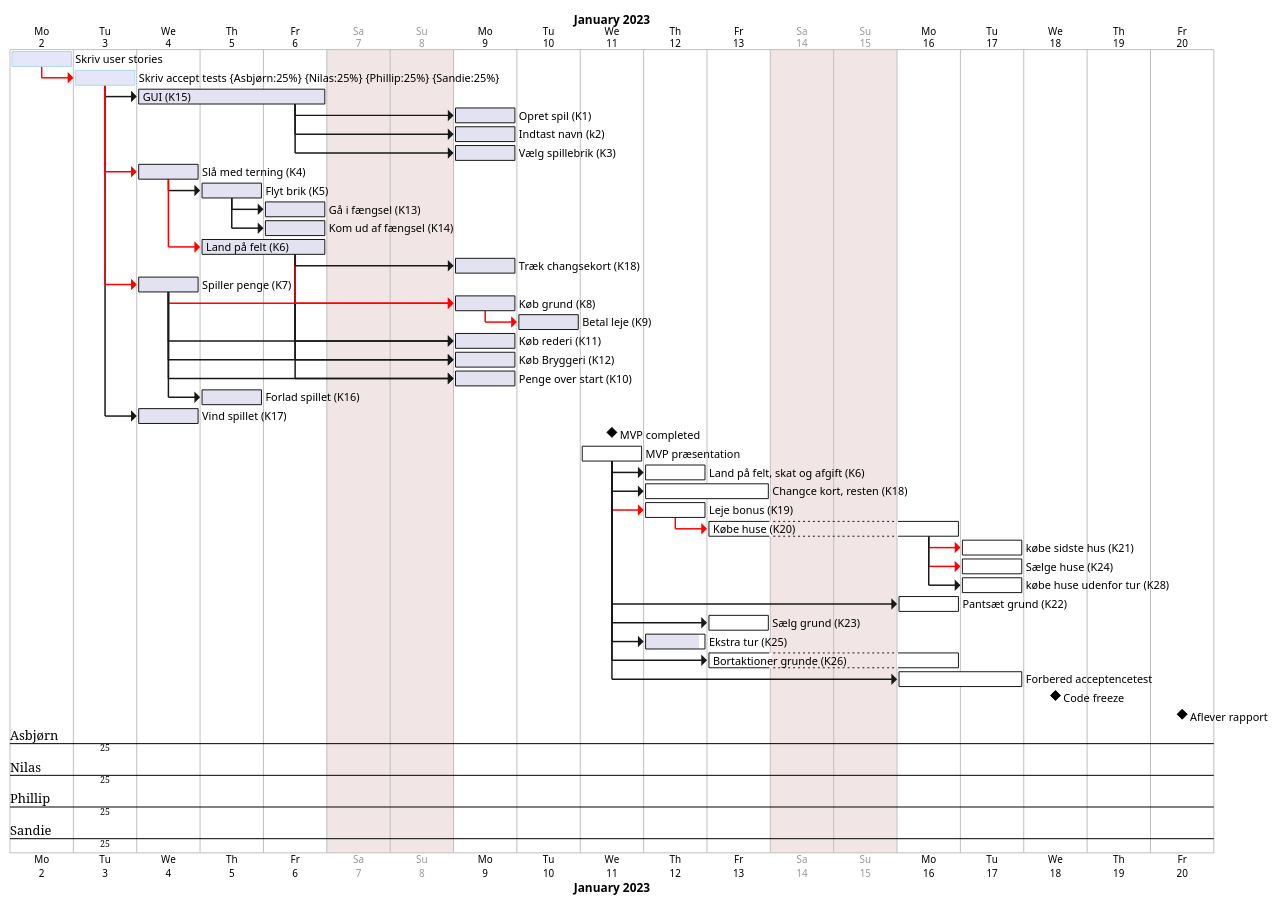
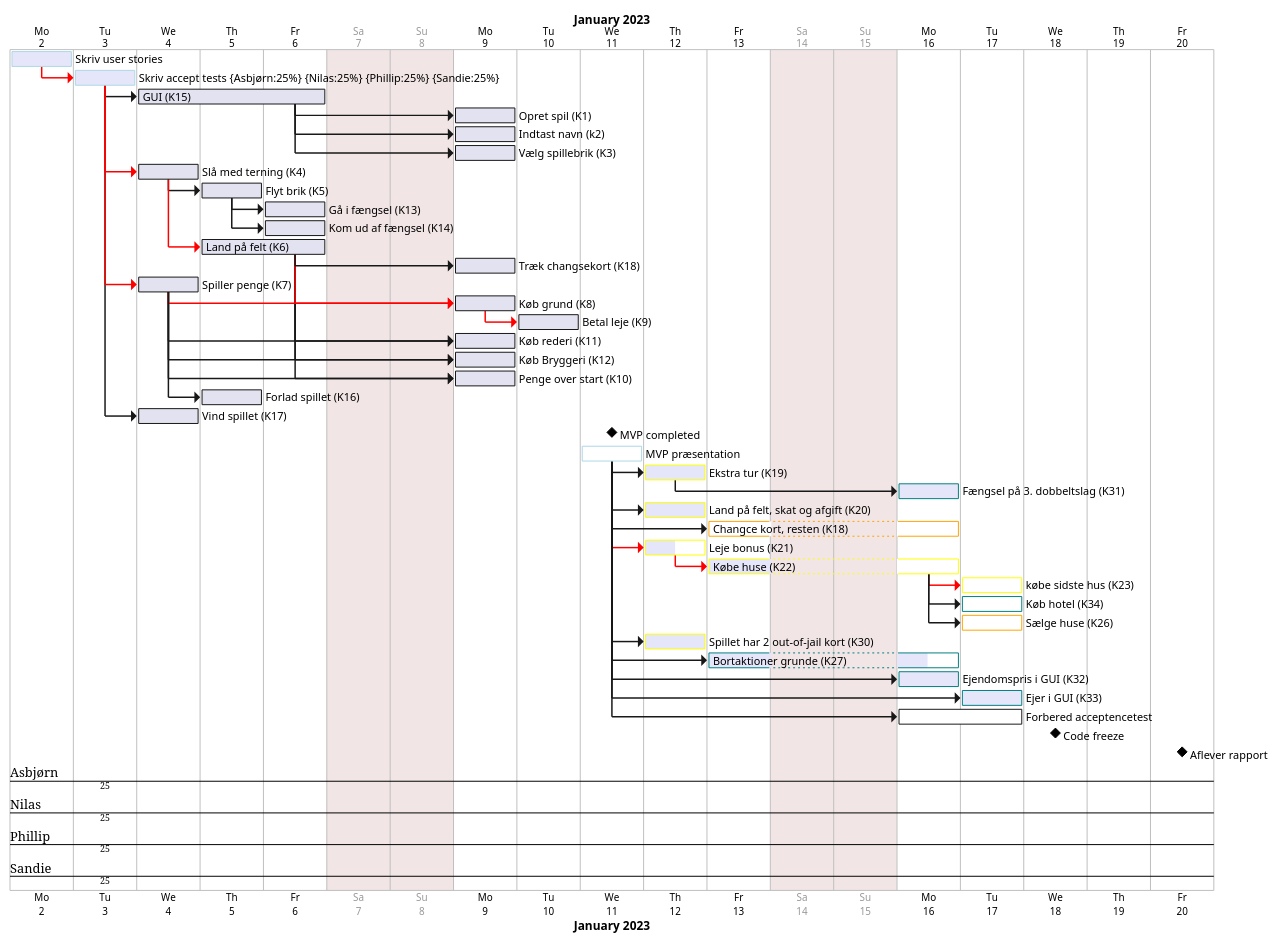
One commit to Gruppe-10-DTU/CDIO-FINAL changed the diagram in src/main/resources/Diagrams/Gantt.puml. Above: the diagram before and after it, drawn with PlantUML.

Commit message:
Gant update 11.1

```diff
--- a/src/main/resources/Diagrams/Gantt.puml
+++ b/src/main/resources/Diagrams/Gantt.puml
@@ -1,172 +1,195 @@
 @startgantt
 printscale daily zoom 4
 saturday are closed
 sunday are closed
 
 Project starts the 2nd of january 2023
 
 [Skriv user stories] as [TASK1] lasts 1 days
 [TASK1] is colored in Lavender/LightBlue
 [TASK1] is 100% complete
 
 [Skriv accept tests] as [TASK2] on {Asbjørn:25%} {Nilas:25%} {Phillip:25%} {Sandie:25%} lasts 1 days
 [TASK2] is colored in Lavender/LightBlue
 [TASK2] is 100% complete
 
 [GUI (K15)] as [K15] lasts 3 days
 [K15] is 100% complete
 
 [Opret spil (K1)] as [K1] lasts 1 days
 [K1] is 100% complete
 
 [Indtast navn (k2)] as [K2] lasts 1 days
 [K2] is 100% complete
 
 [Vælg spillebrik (K3)] as [K3] lasts 1 days
 [K3] is 100% complete
 
 
 
 [Slå med terning (K4)] as [K4] lasts 1 days
 [K4] is 100% complete
 
 [Flyt brik (K5)] as [K5] lasts 1 days
 [K5] is 100% complete
 
 
 
 [Gå i fængsel (K13)] as [K13] lasts 1 days
 [K13] is 100% complete
 
 [Kom ud af fængsel (K14)] as [K14] lasts 1 days
 [K14] is 100% complete
 
 [Land på felt (K6)] as [K6] lasts 2 days
 [K6] is 100% complete
 
 [Træk changsekort (K18)] as [K18] lasts 1 days
 [K18] is 100% complete
 
 [Spiller penge (K7)] as [K7] lasts 1 days
 [K7] is 100% complete
 
 [Køb grund (K8)] as [K8] lasts 1 days
 [K8] is 100% complete
 
 [Betal leje (K9)] as [K9] lasts 1 days
 [K9] is 100% complete
 
 [Køb rederi (K11)] as [K11] lasts 1 days
 [K11] is 100% complete
 
 [Køb Bryggeri (K12)] as [K12] lasts 1 days
 [K12] is 100% complete
 
 [Penge over start (K10)] as [K10] lasts 1 days
 [K10] is 100% complete
 
 [Forlad spillet (K16)] as [K16] lasts 1 days
 [K16] is 100% complete
 
 [Vind spillet (K17)] as [K17] lasts 1 days
 [K17] is 100% complete
 
 
 
 
 [TASK1]-[#FF0000]->[TASK2]
 [TASK2]->[K15]
 [TASK2]->[K17]
 
 [TASK2]-[#FF0000]->[K7]
 [TASK2]-[#FF0000]->[K4]
 
 [K15]->[K1]
 [K15]->[K2]
 [K15]->[K3]
 
 [K4]->[K5]
 [K4]-[#FF0000]->[K6]
 
 [K7]->[K11]
 [K6]->[K11]
 [K7]->[K12]
 [K6]->[K12]
 [K7]->[K10]
 [K6]->[K10]
 [K7]-[#FF0000]->[K8]
 [K6]-[#FF0000]->[K8]
 [K6]->[K18]
 
 [K7]->[K16]
 
 [K8]-[#FF0000]->[K9]
 
 [K5]->[K13]
 [K5]->[K14]
 
 [MVP completed] happens 2023-01-11
 
 [MVP præsentation] as [MVP] starts 2023-01-11
+[MVP] is colored in Lavender/LightBlue
 [MVP] is 0% complete
 
-[Land på felt, skat og afgift (K6)] as [K6.2] lasts 1 days
-[K6.2] is 0% complete
+[Ekstra tur (K19)] as [K19] lasts 1 days
+[K19] is colored in Lavender/Yellow
+[K19] is 100% complete
 
-[Changce kort, resten (K18)] as [K18.2] lasts 2 days
+[Fængsel på 3. dobbeltslag (K31)] as [K31] starts 2023-01-16
+[K31] is colored in Lavender/Teal
+[K31] is 1000% complete
+
+[Land på felt, skat og afgift (K20)] as [K20] lasts 1 days
+[K20] is colored in Lavender/Yellow
+[K20] is 100% complete
+
+[Changce kort, resten (K18)] as [K18.2] starts 2023-01-13
+[Changce kort, resten (K18)] as [K18.2] ends 2023-01-16
+[K18.2] is colored in Lavender/Orange
 [K18.2] is 0% complete
 
-[Leje bonus (K19)] as [K19] lasts 1 days
-[K19] is 0% complete
+[Leje bonus (K21)] as [K21] lasts 1 days
+[K21] is colored in Lavender/Yellow
+[K21] is 50% complete
 
-[Købe huse (K20)] as [K20] lasts 2 days
-[K20] is 0% complete
+[Købe huse (K22)] as [K22] lasts 2 days
+[K22] is colored in Lavender/Yellow
+[K22] is 50% complete
 
-[købe sidste hus (K21)] as [K21] lasts 1 days
-[K21] is 0% complete
-
-[Sælge huse (K24)] as [K24] lasts 1 days
-[K24] is 0% complete
-
-[købe huse udenfor tur (K28)] as [K28] lasts 1 days
-[K28] is 0% complete
-
-[Pantsæt grund (K22)] as [K22] starts 2023-01-16
-[K22] is 0% complete
-
-[Sælg grund (K23)] as [K23] starts 2023-01-13
+[købe sidste hus (K23)] as [K23] lasts 1 days
+[K23] is colored in Lavender/Yellow
 [K23] is 0% complete
 
-[Ekstra tur (K25)] as [K25] lasts 1 days
-[K25] is 90% complete
+[Køb hotel (K34)] as [K34] lasts 1 days
+[K34] is colored in Lavender/Teal
+[K34] is 0% complete
 
-[Bortaktioner grunde (K26)] as [K26] starts 2023-01-13
-[Bortaktioner grunde (K26)] as [K26] ends 2023-01-16
+[Sælge huse (K26)] as [K26] lasts 1 days
+[K26] is colored in Lavender/Orange
 [K26] is 0% complete
 
+[Spillet har 2 out-of-jail kort (K30)] as [K30] lasts 1 days
+[K30] is colored in Lavender/Yellow
+[K30] is 100% complete
 
+[Bortaktioner grunde (K27)] as [K27] starts 2023-01-13
+[Bortaktioner grunde (K27)] as [K27] ends 2023-01-16
+[K27] is colored in Lavender/Teal
+[K27] is 75% complete
+
+[Ejendomspris i GUI (K32)] as [K32] starts 2023-01-16
+[K32] is colored in Lavender/Teal
+[K32] is 100% complete
+
+[Ejer i GUI (K33)] as [K33] starts 2023-01-17
+[K33] is colored in Lavender/Teal
+[K33] is 100% complete
 
 [Forbered acceptencetest] as [test] starts 2023-01-16
 [Forbered acceptencetest] as [test] ends 2023-01-17
 [test] is 0% complete
 
-[MVP]-[#FF0000]->[K19]
+[MVP]->[K19]
+[MVP]->[K20]
+[MVP]-[#FF0000]->[K21]
+[MVP]->[K30]
+[MVP]->[K32]
+[MVP]->[K33]
+[MVP]->[K27]
 [MVP]->[K18.2]
-[MVP]->[K6.2]
-[MVP]->[K22]
-[MVP]->[K23]
-[MVP]->[K25]
-[MVP]->[K26]
 [MVP]->[test]
 
-[K19]-[#FF0000]->[K20]
 
-[K20]-[#FF0000]->[K21]
-[K20]-[#FF0000]->[K24]
-[K20]->[K28]
+[K21]-[#FF0000]->[K22]
+[K22]-[#FF0000]->[K23]
+[K22]->[K34]
+[K22]->[K26]
+
+
+[K19]->[K31]
 
 
 [Code freeze] happens 2023-01-18
 
 [Aflever rapport] happens 2023-01-20
 @endgantt
```
